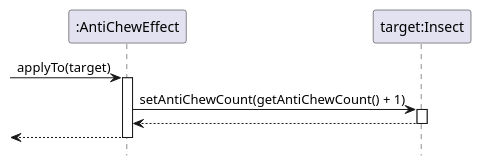
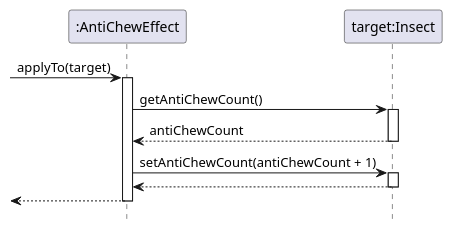
The diagram in AntiChewEffect/application.pu (ZD4ve/projlab-error521), drawn with PlantUML before and after one commit. The commit also changed 3 other files, not shown here.

```diff
--- a/AntiChewEffect/application.pu
+++ b/AntiChewEffect/application.pu
@@ -1,16 +1,20 @@
 @startuml AntiChewEffect/application
 hide footbox
 
 participant ":AntiChewEffect" as effect
 participant "target:Insect" as target
 
 -> effect : applyTo(target)
 activate effect
 
-effect -> target : setAntiChewCount(getAntiChewCount() + 1)
+effect -> target : getAntiChewCount()
+activate target
+return antiChewCount
+
+effect -> target : setAntiChewCount(antiChewCount + 1)
 activate target
 return
 
 <-- effect
 deactivate effect
 @enduml
```
